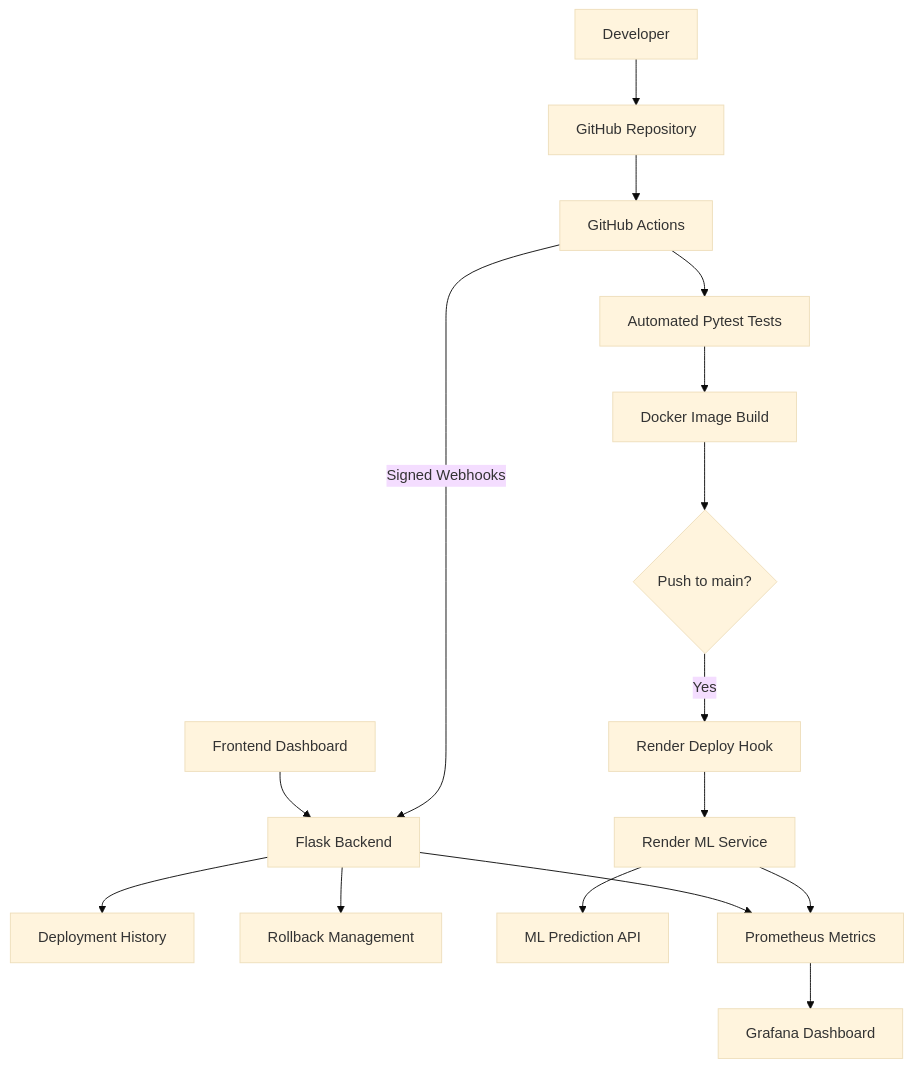
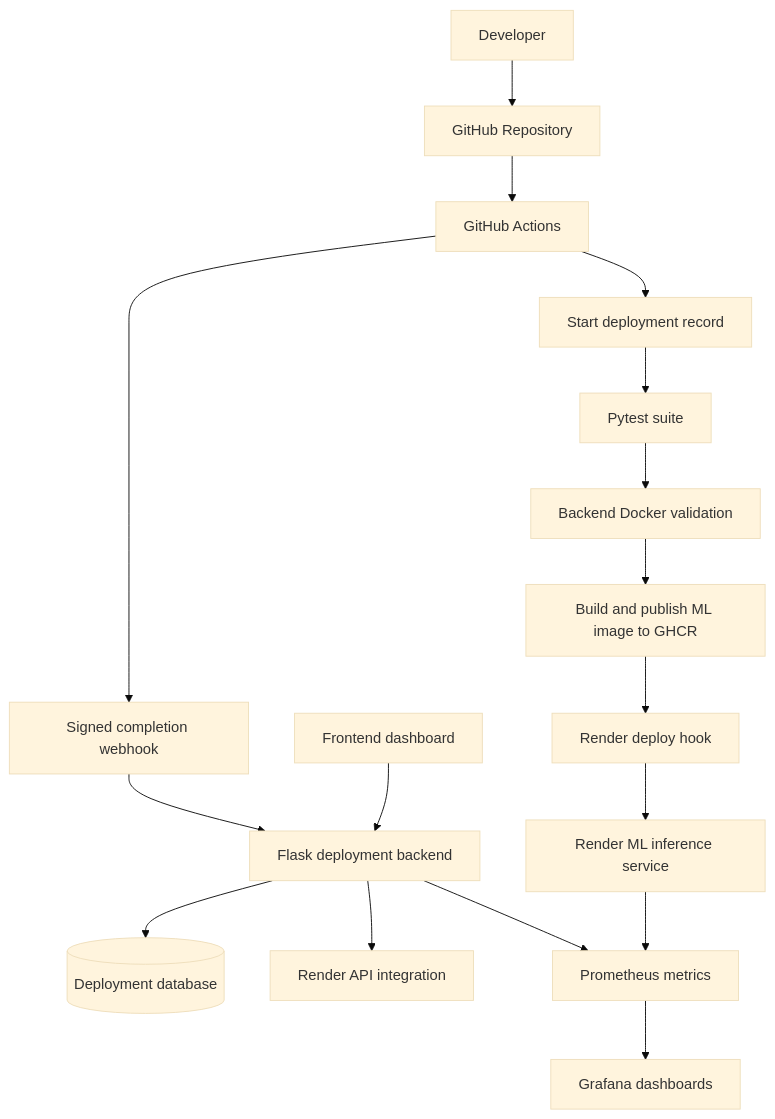
The diagram in README.md (Paridhi21shukla/Model-Setu), drawn with Mermaid (base theme) before and after one commit. The commit also changed other lines of this file, not shown here.

Commit message:
Rewrite README with verified architecture and setup guidance

````diff
--- a/README.md
+++ b/README.md
@@ -27,18 +47,19 @@
 ```mermaid
 flowchart TD
     A[Developer] --> B[GitHub Repository]
     B --> C[GitHub Actions]
-    C --> D[Automated Pytest Tests]
-    D --> E[Docker Image Build]
-    E --> F{Push to main?}
-    F -->|Yes| G[Render Deploy Hook]
-    G --> H[Render ML Service]
-    C -->|Signed Webhooks| I[Flask Backend]
-    I --> J[Deployment History]
-    I --> K[Rollback Management]
-    H --> L[ML Prediction API]
-    M[Frontend Dashboard] --> I
-    H --> N[Prometheus Metrics]
-    I --> N
-    N --> O[Grafana Dashboard]
+    C --> D[Start deployment record]
+    D --> E[Pytest suite]
+    E --> F[Backend Docker validation]
+    F --> G[Build and publish ML image to GHCR]
+    G --> H[Render deploy hook]
+    H --> I[Render ML inference service]
+    C --> J[Signed completion webhook]
+    J --> K[Flask deployment backend]
+    K --> L[(Deployment database)]
+    K --> M[Render API integration]
+    N[Frontend dashboard] --> K
+    K --> O[Prometheus metrics]
+    I --> O
+    O --> P[Grafana dashboards]
 ```
````
